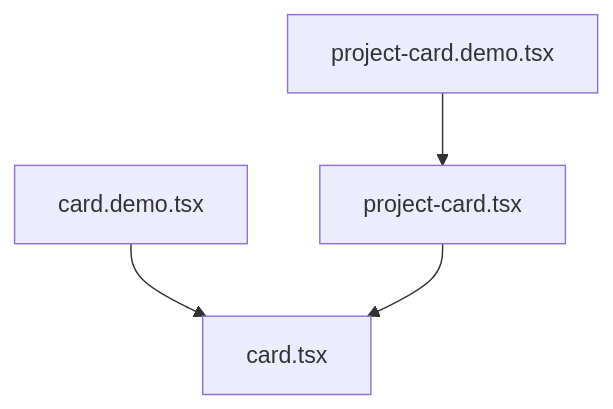
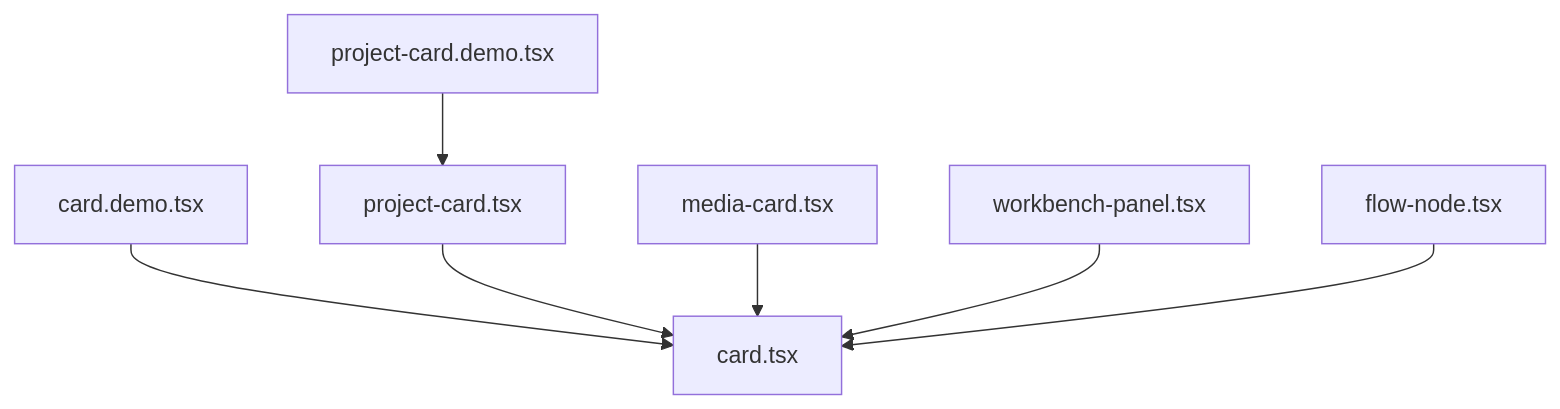
One commit to AIMFllyYS/code-video-canvas changed the fifth of 5 diagrams in .qoder/repowiki/zh/content/UI 组件库/基础组件/卡片组件.md. Above: the diagram before and after it, drawn with Mermaid. The commit also changed other lines of this file and 51 other files, not shown here.

````diff
--- a/.qoder/repowiki/zh/content/UI 组件库/基础组件/卡片组件.md
+++ b/.qoder/repowiki/zh/content/UI 组件库/基础组件/卡片组件.md
@@ -249,10 +326,16 @@
 ```mermaid
 graph TB
 Base["card.tsx"]
 Biz["project-card.tsx"]
+Media["media-card.tsx"]
+Panel["workbench-panel.tsx"]
+Node["flow-node.tsx"]
 DemoA["card.demo.tsx"]
 DemoB["project-card.demo.tsx"]
 DemoA --> Base
 DemoB --> Biz
 Biz --> Base
+Media --> Base
+Panel --> Base
+Node --> Base
 ```
````
